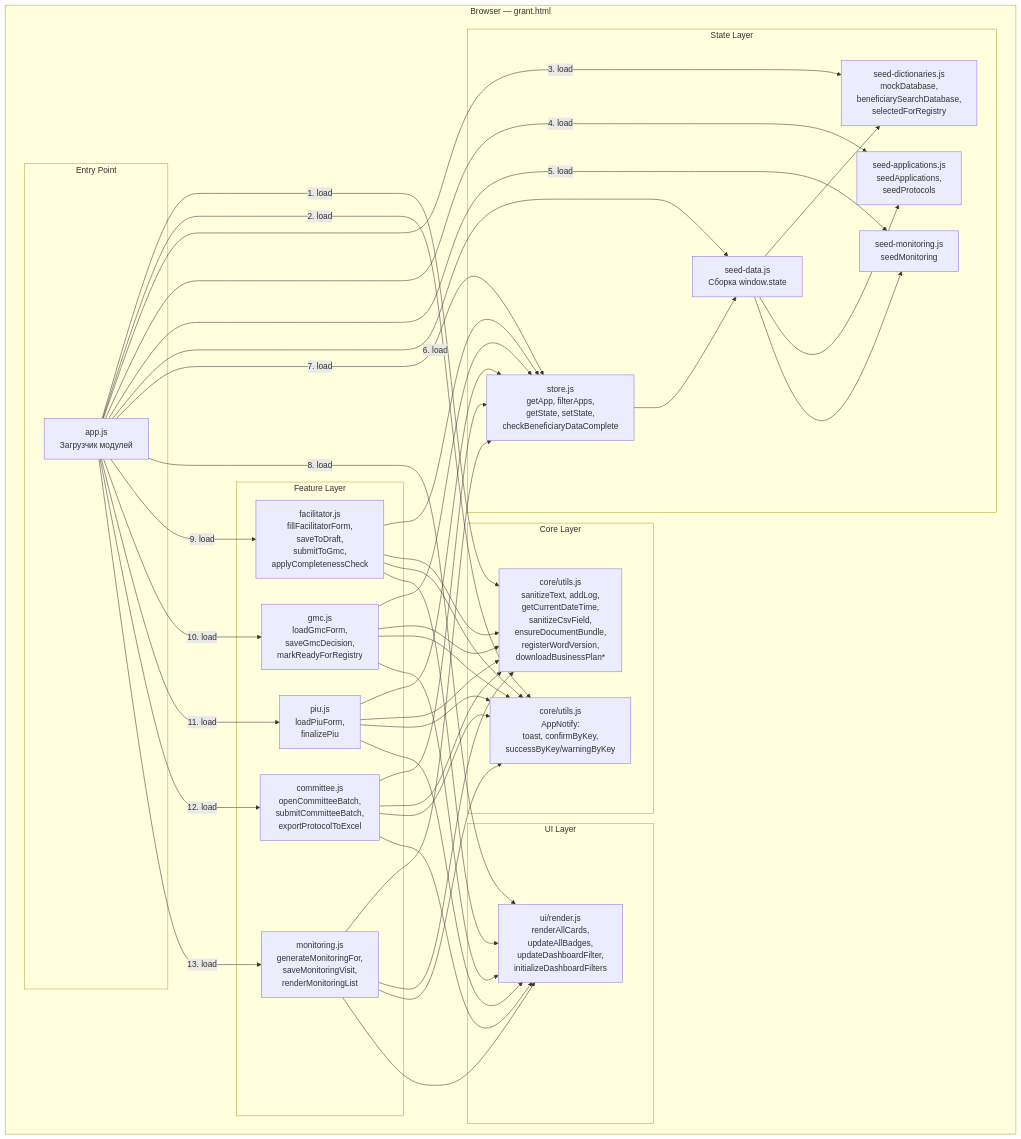
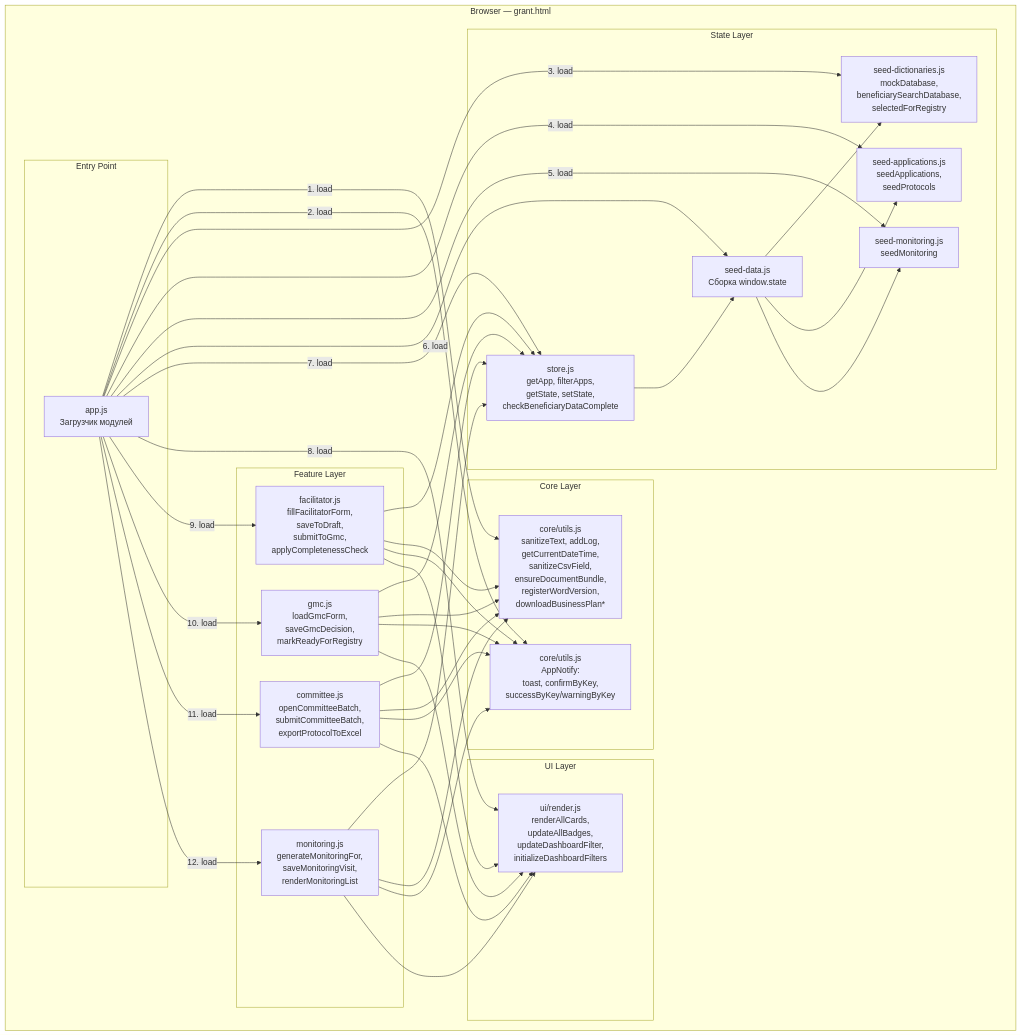
The first of 9 diagrams in docs/ARCHITECTURE.md (firka-kh/eip-test), drawn with Mermaid before and after one commit. The commit also changed other lines of this file and 51 other files, not shown here.

````diff
--- a/docs/ARCHITECTURE.md
+++ b/docs/ARCHITECTURE.md
@@ -26,73 +26,67 @@
 ```mermaid
 graph TB
     subgraph "Browser — grant.html"
         subgraph "Entry Point"
             APP[app.js<br/>Загрузчик модулей]
         end
 
         subgraph "Core Layer"
             UTILS[core/utils.js<br/>sanitizeText, addLog,<br/>getCurrentDateTime,<br/>sanitizeCsvField,<br/>ensureDocumentBundle,<br/>registerWordVersion,<br/>downloadBusinessPlan*]
             NOTIFY[core/utils.js<br/>AppNotify:<br/>toast, confirmByKey,<br/>successByKey/warningByKey]
         end
 
         subgraph "State Layer"
             DICT[seed-dictionaries.js<br/>mockDatabase,<br/>beneficiarySearchDatabase,<br/>selectedForRegistry]
             SEED_APP[seed-applications.js<br/>seedApplications,<br/>seedProtocols]
             SEED_MON[seed-monitoring.js<br/>seedMonitoring]
             SEED_DATA[seed-data.js<br/>Сборка window.state]
             STORE[store.js<br/>getApp, filterApps,<br/>getState, setState,<br/>checkBeneficiaryDataComplete]
         end
 
         subgraph "UI Layer"
             RENDER[ui/render.js<br/>renderAllCards,<br/>updateAllBadges,<br/>updateDashboardFilter,<br/>initializeDashboardFilters]
         end
 
         subgraph "Feature Layer"
             FAC[facilitator.js<br/>fillFacilitatorForm,<br/>saveToDraft,<br/>submitToGmc,<br/>applyCompletenessCheck]
             GMC[gmc.js<br/>loadGmcForm,<br/>saveGmcDecision,<br/>markReadyForRegistry]
-            PIU[piu.js<br/>loadPiuForm,<br/>finalizePiu]
             COM[committee.js<br/>openCommitteeBatch,<br/>submitCommitteeBatch,<br/>exportProtocolToExcel]
             MON[monitoring.js<br/>generateMonitoringFor,<br/>saveMonitoringVisit,<br/>renderMonitoringList]
         end
     end
 
     APP -->|1. load| UTILS
     APP -->|2. load| NOTIFY
     APP -->|3. load| DICT
     APP -->|4. load| SEED_APP
     APP -->|5. load| SEED_MON
     APP -->|6. load| SEED_DATA
     APP -->|7. load| STORE
     APP -->|8. load| RENDER
     APP -->|9. load| FAC
     APP -->|10. load| GMC
-    APP -->|11. load| PIU
-    APP -->|12. load| COM
-    APP -->|13. load| MON
+    APP -->|11. load| COM
+    APP -->|12. load| MON
 
     SEED_DATA --> DICT
     SEED_DATA --> SEED_APP
     SEED_DATA --> SEED_MON
     STORE --> SEED_DATA
 
     FAC --> STORE
     FAC --> UTILS
     FAC --> NOTIFY
     FAC --> RENDER
     GMC --> STORE
     GMC --> UTILS
     GMC --> NOTIFY
     GMC --> RENDER
-    PIU --> STORE
-    PIU --> UTILS
-    PIU --> NOTIFY
-    PIU --> RENDER
     COM --> STORE
     COM --> UTILS
     COM --> NOTIFY
     COM --> RENDER
     MON --> STORE
     MON --> UTILS
     MON --> NOTIFY
     MON --> RENDER
 ```
````
